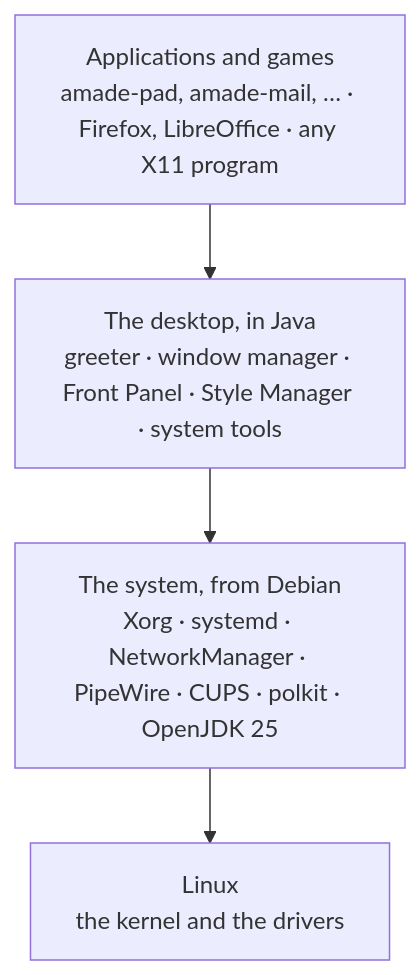
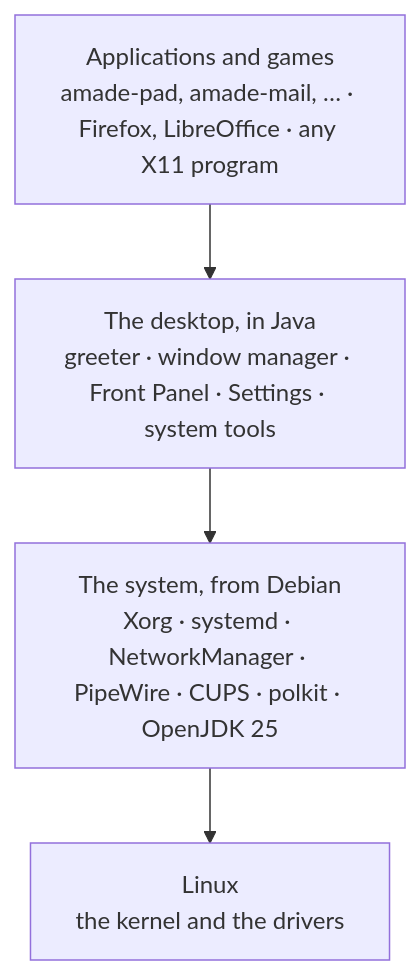
The diagram in docs/handbook/chapters/60-how-amadeos-is-built.md (amadeos-eu/amadeos), drawn with Mermaid before and after one commit. The commit also changed other lines of this file and 59 other files, not shown here.

First line of the commit message:
User's Handbook: Part IV is now Settings, with Font and Window

````diff
--- a/docs/handbook/chapters/60-how-amadeos-is-built.md
+++ b/docs/handbook/chapters/60-how-amadeos-is-built.md
@@ -9,8 +9,8 @@
 ```mermaid
 flowchart TB
     A["Applications and games<br>amade-pad, amade-mail, … · Firefox, LibreOffice · any X11 program"]
-    D["The desktop, in Java<br>greeter · window manager · Front Panel · Style Manager · system tools"]
+    D["The desktop, in Java<br>greeter · window manager · Front Panel · Settings · system tools"]
     S["The system, from Debian<br>Xorg · systemd · NetworkManager · PipeWire · CUPS · polkit · OpenJDK 25"]
     K["Linux<br>the kernel and the drivers"]
     A --> D --> S --> K
 ```
````
